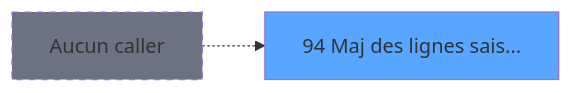
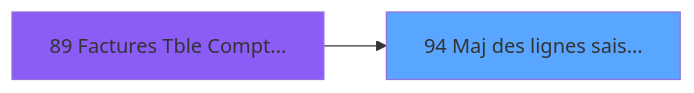
Before and after one commit to thonyAGP/lecteur-magic: the second of 3 diagrams in .openspec/specs/ADH-IDE-94.md, drawn with Mermaid. The commit also changed other lines of this file and 493 other files, not shown here.

````diff
--- a/.openspec/specs/ADH-IDE-94.md
+++ b/.openspec/specs/ADH-IDE-94.md
@@ -200,8 +222,8 @@
 ```mermaid
 graph LR
     T94[94 Maj des lignes sais...]
     style T94 fill:#58a6ff
-    NONE[Aucun caller]
-    NONE -.-> T94
-    style NONE fill:#6b7280,stroke-dasharray: 5 5
+    CC89[89 Factures Tble Compt...]
+    style CC89 fill:#8b5cf6
+    CC89 --> T94
 ```
````
